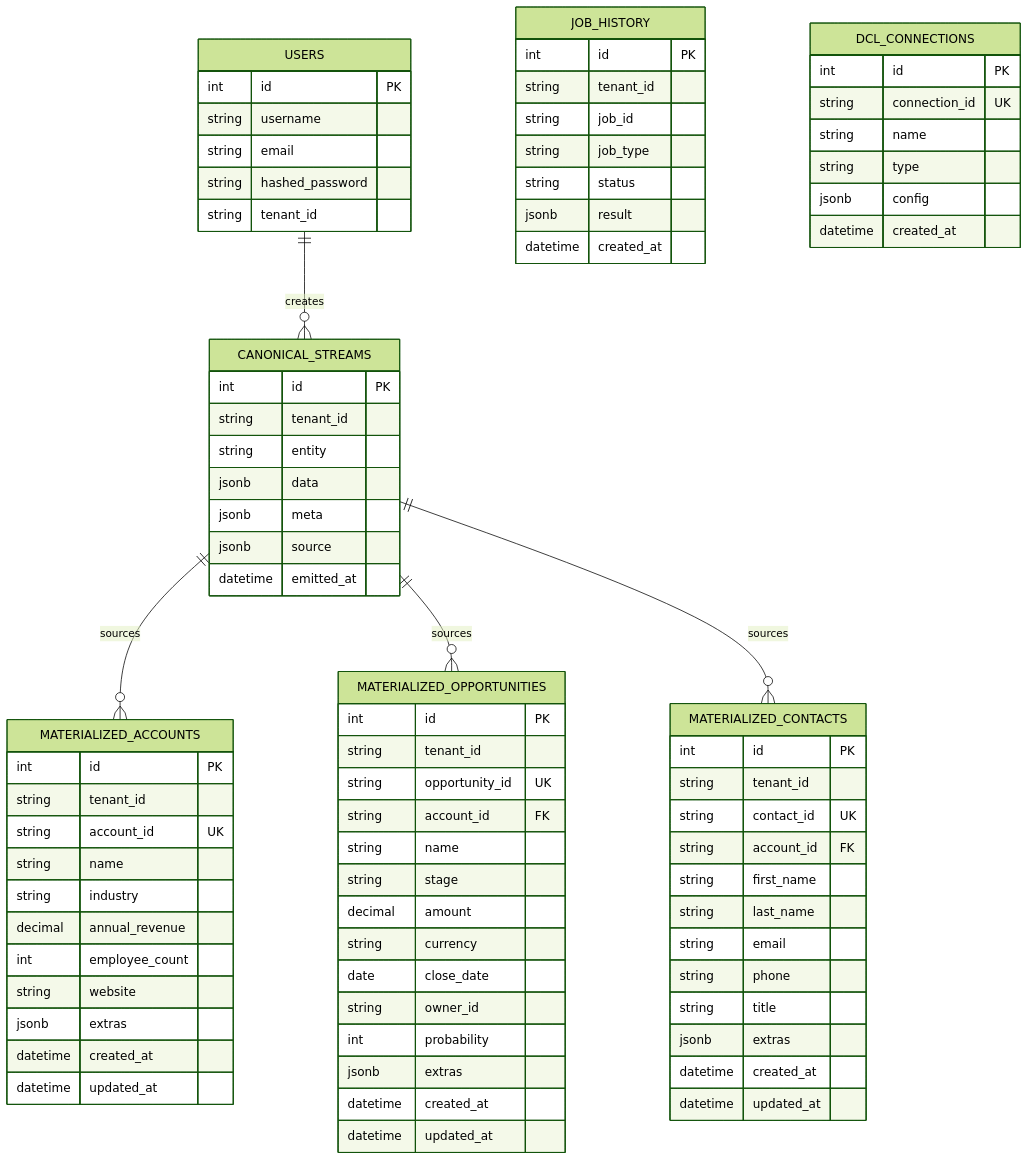
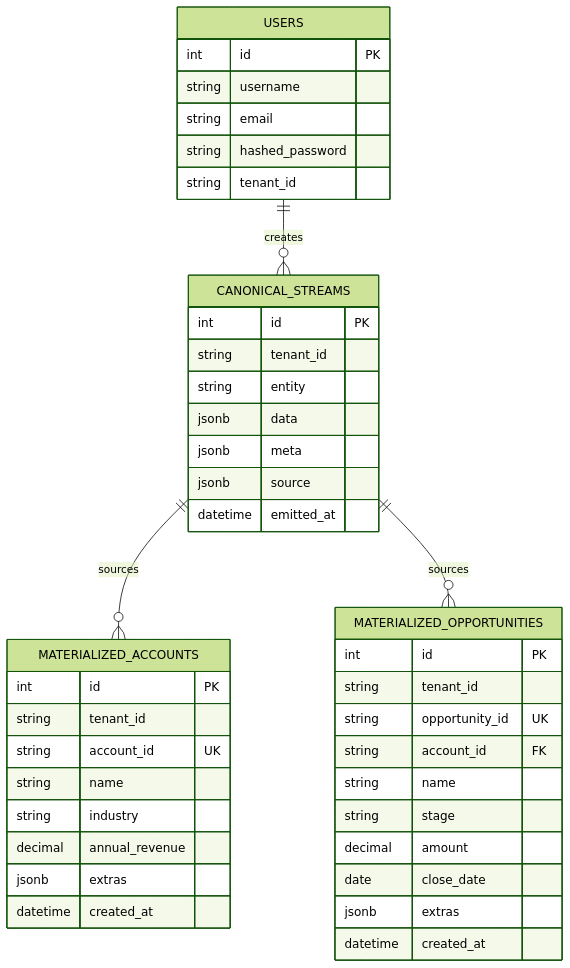
The sixth of 8 diagrams in ARCHITECTURE.md (ilyacantor/autonomos-platform), drawn with Mermaid (forest theme) before and after one commit. The commit also changed other lines of this file and 1 other file, not shown here.

First line of the commit message:
Update architecture documentation with new system overview and details

````diff
--- a/ARCHITECTURE.md
+++ b/ARCHITECTURE.md
@@ -243,7 +238,6 @@
 
     CANONICAL_STREAMS ||--o{ MATERIALIZED_ACCOUNTS : sources
     CANONICAL_STREAMS ||--o{ MATERIALIZED_OPPORTUNITIES : sources
-    CANONICAL_STREAMS ||--o{ MATERIALIZED_CONTACTS : sources
     CANONICAL_STREAMS {
         int id PK
         string tenant_id
@@ -261,11 +255,8 @@
         string name
         string industry
         decimal annual_revenue
-        int employee_count
-        string website
         jsonb extras
         datetime created_at
-        datetime updated_at
     }
 
     MATERIALIZED_OPPORTUNITIES {
@@ -276,46 +267,8 @@
         string name
         string stage
         decimal amount
-        string currency
         date close_date
-        string owner_id
-        int probability
         jsonb extras
-        datetime created_at
-        datetime updated_at
-    }
-
-    MATERIALIZED_CONTACTS {
-        int id PK
-        string tenant_id
-        string contact_id UK
-        string account_id FK
-        string first_name
-        string last_name
-        string email
-        string phone
-        string title
-        jsonb extras
-        datetime created_at
-        datetime updated_at
-    }
-
-    JOB_HISTORY {
-        int id PK
-        string tenant_id
-        string job_id
-        string job_type
-        string status
-        jsonb result
-        datetime created_at
-    }
-
-    DCL_CONNECTIONS {
-        int id PK
-        string connection_id UK
-        string name
-        string type
-        jsonb config
         datetime created_at
     }
 ```
````
